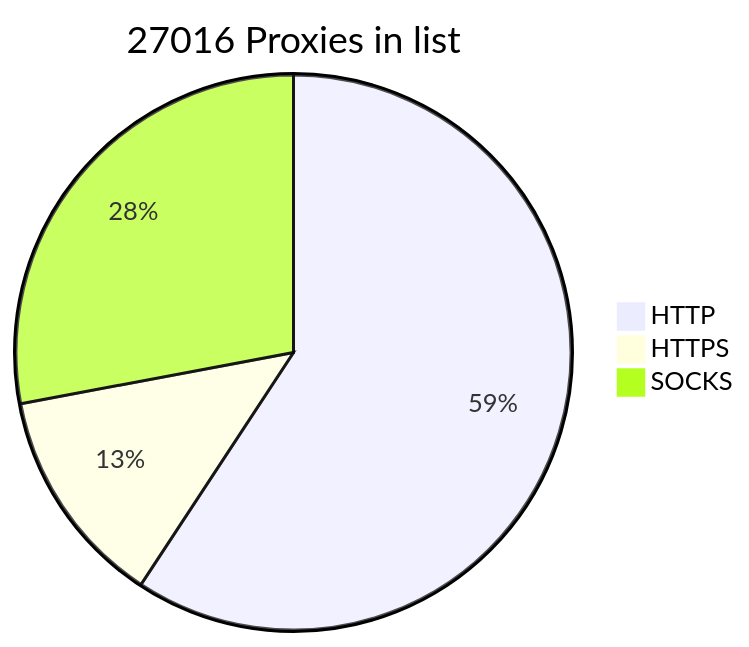
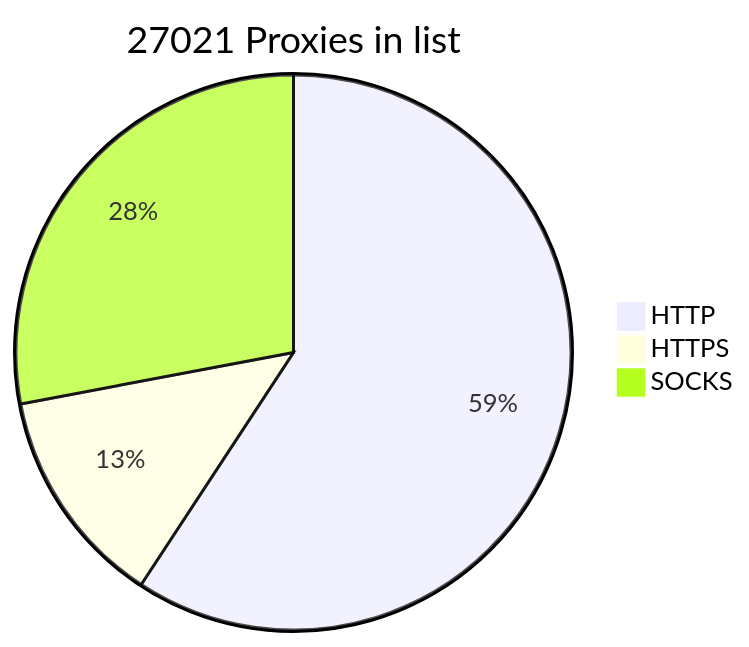
The diagram in README.md (BlackSnowDot/proxylist-update-every-minute), drawn with Mermaid before and after one commit.

````diff
--- a/README.md
+++ b/README.md
@@ -2,6 +2,6 @@
 ```mermaid
-pie title 27016 Proxies in list
+pie title 27021 Proxies in list
     "HTTP" : 17619
     "HTTPS": 3804
-    "SOCKS" : 8312
+    "SOCKS" : 8317
 ```
````
